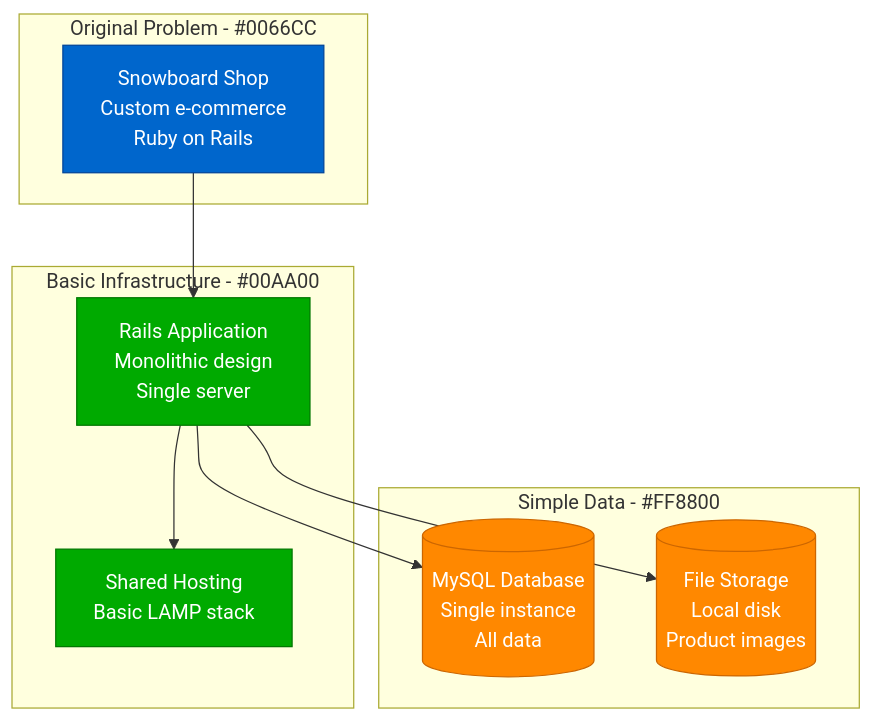
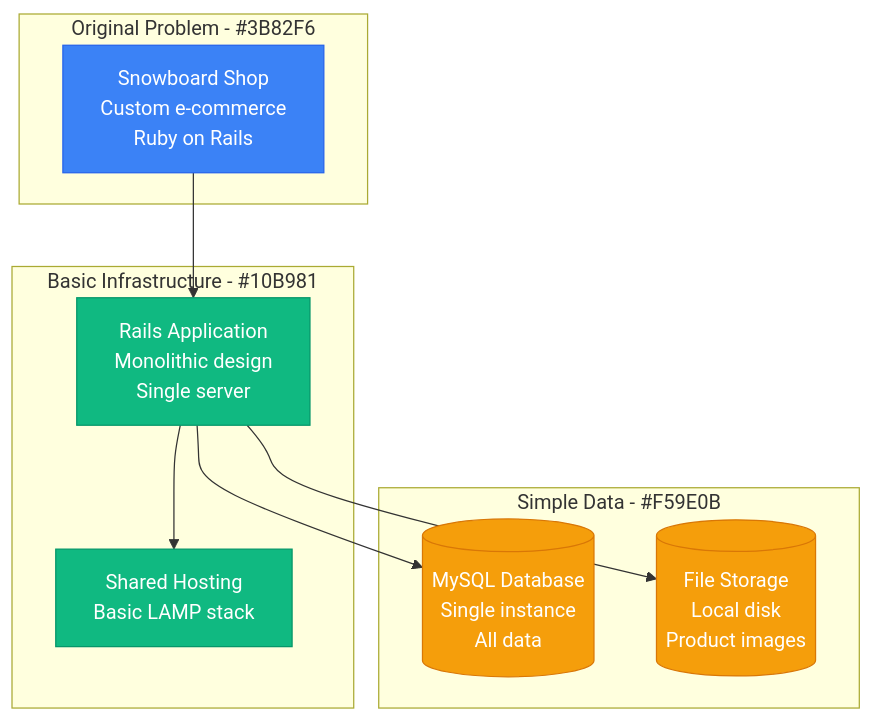
The first of 4 diagrams in site/docs/scaling/shopify-scale-evolution.md (deepaucksharma/DS), drawn with Mermaid before and after one commit. The commit also changed other lines of this file and 187 other files, not shown here.

````diff
--- a/site/docs/scaling/shopify-scale-evolution.md
+++ b/site/docs/scaling/shopify-scale-evolution.md
@@ -18,29 +18,29 @@
 ```mermaid
 graph TB
-    subgraph Origin[Original Problem - #0066CC]
+    subgraph Origin[Original Problem - #3B82F6]
         SNOWBOARD[Snowboard Shop<br/>Custom e-commerce<br/>Ruby on Rails]
     end
 
-    subgraph BasicInfra[Basic Infrastructure - #00AA00]
+    subgraph BasicInfra[Basic Infrastructure - #10B981]
         RAILS_APP[Rails Application<br/>Monolithic design<br/>Single server]
         SHARED_HOSTING[Shared Hosting<br/>Basic LAMP stack]
     end
 
-    subgraph SimpleData[Simple Data - #FF8800]
+    subgraph SimpleData[Simple Data - #F59E0B]
         MYSQL[(MySQL Database<br/>Single instance<br/>All data)]
         FILES[(File Storage<br/>Local disk<br/>Product images)]
     end
 
     SNOWBOARD --> RAILS_APP
     RAILS_APP --> SHARED_HOSTING
     RAILS_APP --> MYSQL
     RAILS_APP --> FILES
 
-    classDef originStyle fill:#0066CC,stroke:#004499,color:#fff
-    classDef infraStyle fill:#00AA00,stroke:#007700,color:#fff
-    classDef dataStyle fill:#FF8800,stroke:#CC6600,color:#fff
+    classDef originStyle fill:#3B82F6,stroke:#2563EB,color:#fff
+    classDef infraStyle fill:#10B981,stroke:#059669,color:#fff
+    classDef dataStyle fill:#F59E0B,stroke:#D97706,color:#fff
 
     class SNOWBOARD originStyle
     class RAILS_APP,SHARED_HOSTING infraStyle
     class MYSQL,FILES dataStyle
 ```
````
